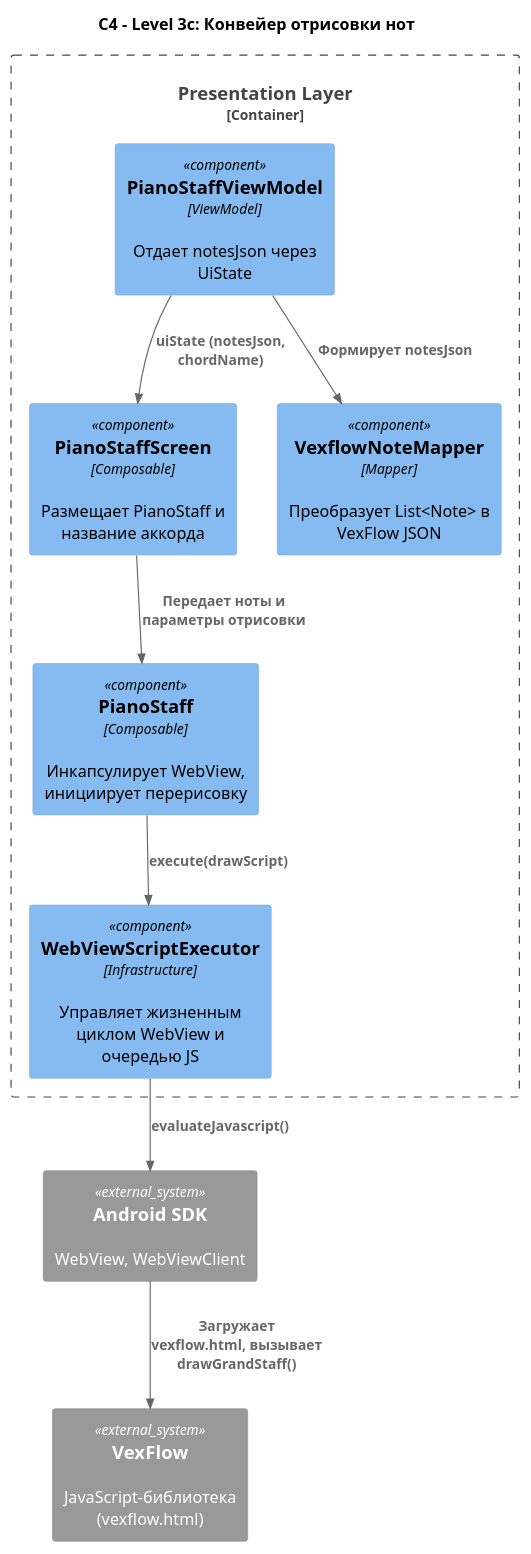
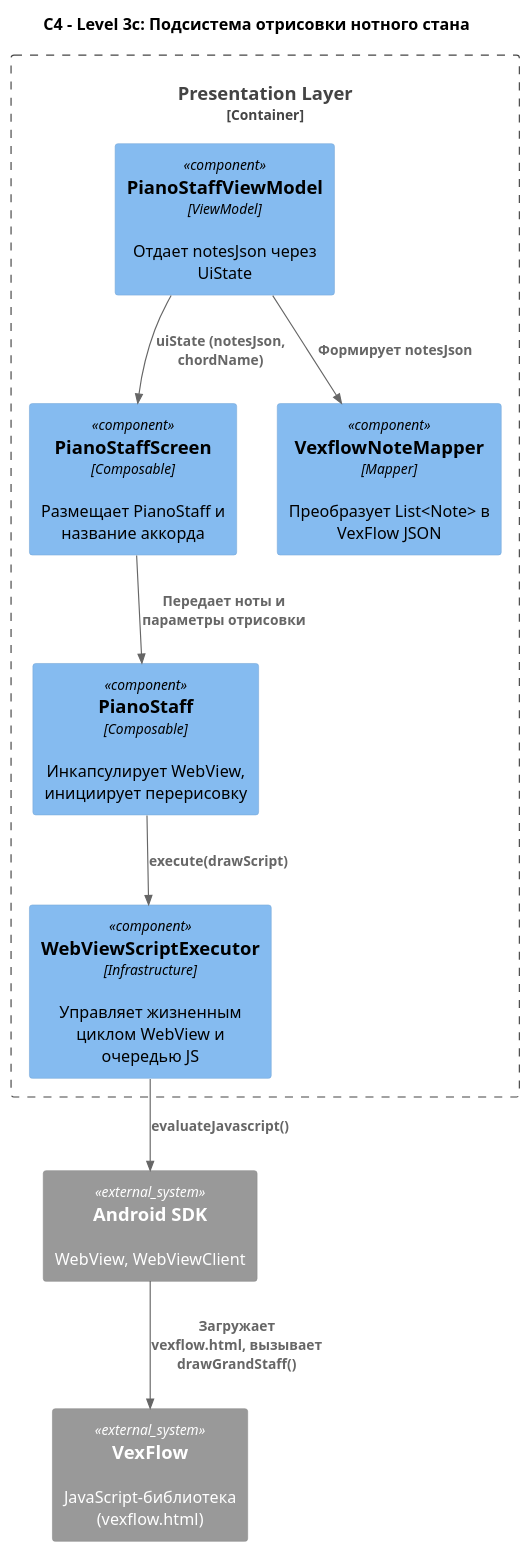
The fourth of 10 diagrams in docs/ru/specs/MIDI_MESSAGE_PROCESSING.md (astrizhachuk/PianoFlow), drawn with PlantUML before and after one commit. The commit also changed other lines of this file and 3 other files, not shown here.

````diff
--- a/docs/ru/specs/MIDI_MESSAGE_PROCESSING.md
+++ b/docs/ru/specs/MIDI_MESSAGE_PROCESSING.md
@@ -195,29 +171,29 @@
 ```plantuml
 @startuml
 !include https://raw.githubusercontent.com/plantuml-stdlib/C4-PlantUML/master/C4_Component.puml
 
-title C4 - Level 3c: Конвейер отрисовки нот
+title C4 - Level 3c: Подсистема отрисовки нотного стана
 
 System_Ext(android_sdk, "Android SDK", "WebView, WebViewClient")
 System_Ext(vexflow, "VexFlow", "JavaScript-библиотека (vexflow.html)")
 
 Container_Boundary(presentation, "Presentation Layer") {
     Component(vm, "PianoStaffViewModel", "ViewModel", "Отдает notesJson через UiState")
     Component(screen, "PianoStaffScreen", "Composable", "Размещает PianoStaff и название аккорда")
     Component(staff, "PianoStaff", "Composable", "Инкапсулирует WebView, инициирует перерисовку")
     Component(mapper, "VexflowNoteMapper", "Mapper", "Преобразует List<Note> в VexFlow JSON")
     Component(executor, "WebViewScriptExecutor", "Infrastructure", "Управляет жизненным циклом WebView и очередью JS")
 }
 
 ' Поток в Presentation
 Rel(vm, mapper, "Формирует notesJson")
 Rel(vm, screen, "uiState (notesJson, chordName)")
 Rel(screen, staff, "Передает ноты и параметры отрисовки")
 Rel(staff, executor, "execute(drawScript)")
 
 ' Инфраструктура
 Rel(executor, android_sdk, "evaluateJavascript()")
 Rel(android_sdk, vexflow, "Загружает vexflow.html, вызывает drawGrandStaff()")
 
 @enduml
 ```
````
